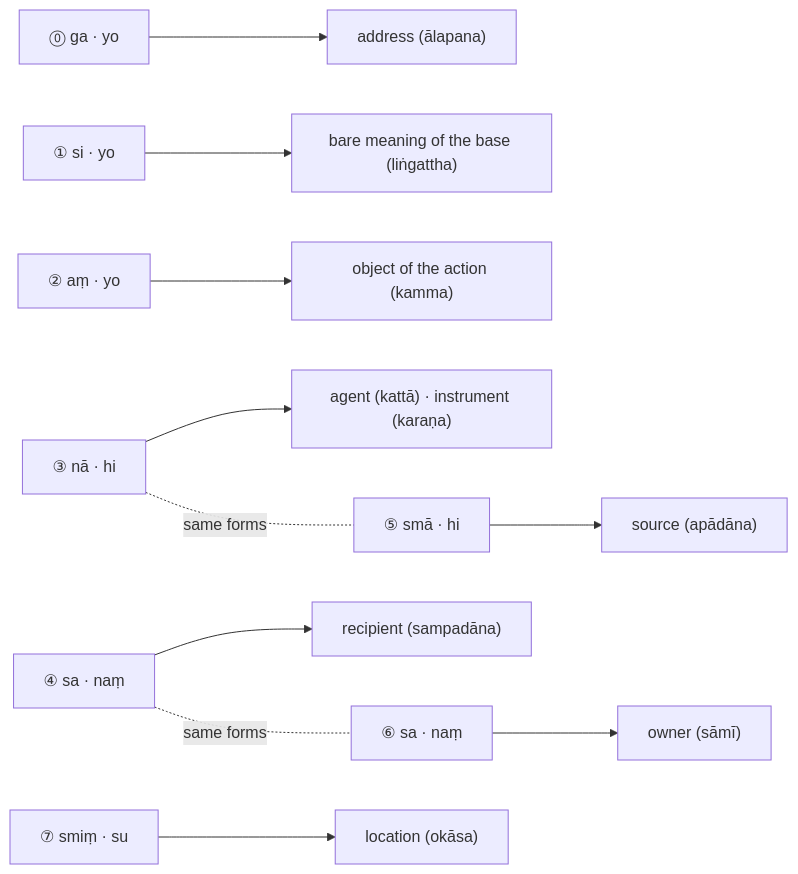
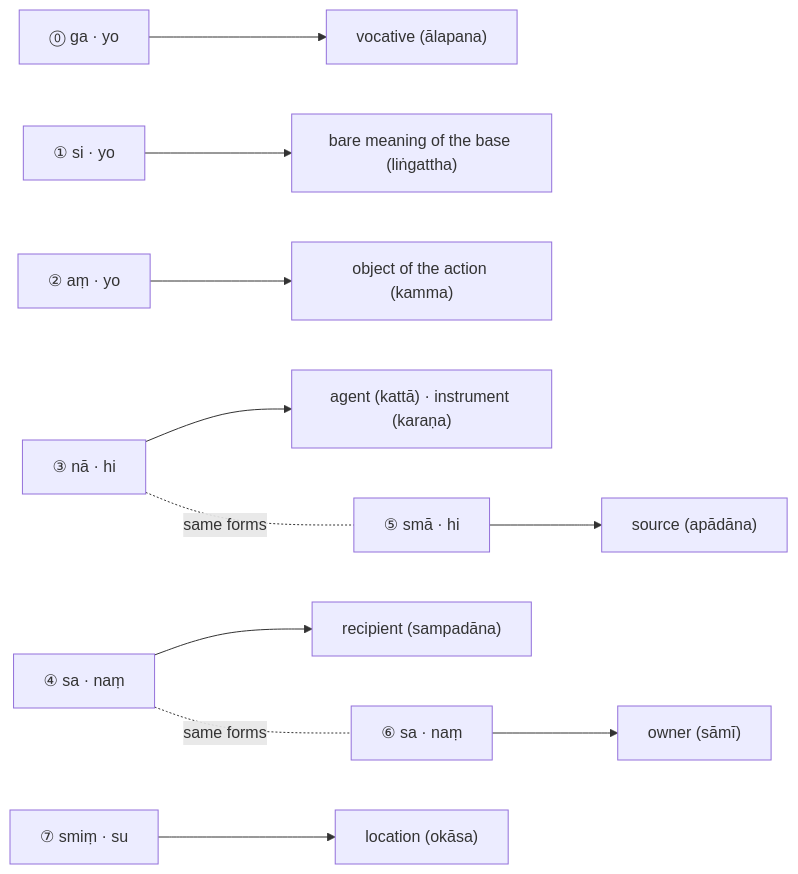
The second of 2 diagrams in src/content/docs/balavatara/2-nama.mdx (kaccayana/kaccayana.github.io), drawn with Mermaid before and after one commit. The commit also changed other lines of this file and 35 other files, not shown here.

````diff
--- a/src/content/docs/balavatara/2-nama.mdx
+++ b/src/content/docs/balavatara/2-nama.mdx
@@ -548,13 +548,13 @@
 ```mermaid
 flowchart LR
-  F0["⓪ ga · yo"] --> U0["address (ālapana)"]
+  F0["⓪ ga · yo"] --> U0["vocative (ālapana)"]
   F1["① si · yo"] --> U1["bare meaning of the base (liṅgattha)"]
   F2["② aṃ · yo"] --> U2["object of the action (kamma)"]
   F3["③ nā · hi"] --> U3["agent (kattā) · instrument (karaṇa)"]
   F4["④ sa · naṃ"] --> U4["recipient (sampadāna)"]
   F5["⑤ smā · hi"] --> U5["source (apādāna)"]
   F6["⑥ sa · naṃ"] --> U6["owner (sāmī)"]
   F7["⑦ smiṃ · su"] --> U7["location (okāsa)"]
   F3 -. "same forms" .- F5
   F4 -. "same forms" .- F6
 ```
````
